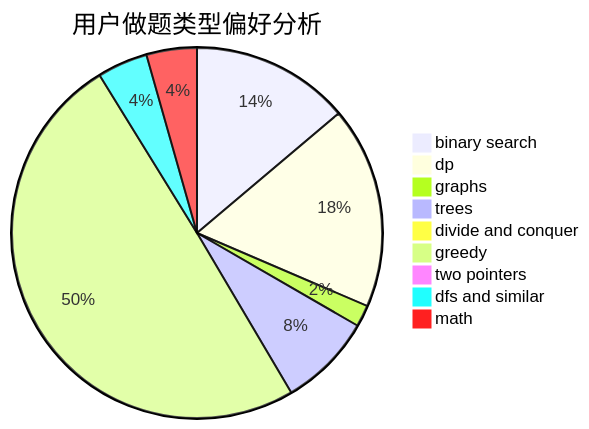
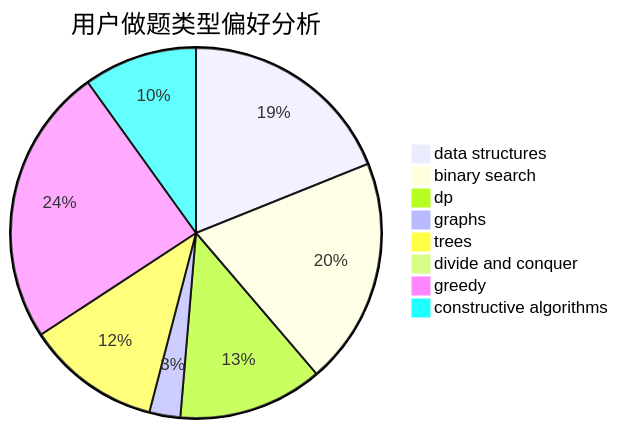
Before and after one commit to sherpahu/cfrs.github.io: the second of 3 diagrams in docs/user/u366.md, drawn with Mermaid. The commit also changed other lines of this file and 2775 other files, not shown here.

````diff
--- a/docs/user/u366.md
+++ b/docs/user/u366.md
@@ -23,12 +23,11 @@
 ```mermaid
 pie title 用户做题类型偏好分析
+    "data structures" :  21
     "binary search" :  22
-    "dp" :  28
+    "dp" :  14
     "graphs" :  3
     "trees" :  13
     "divide and conquer" :  0
-    "greedy" :  79
-    "two pointers" :  0
-    "dfs and similar" :  7
-    "math" :  7
+    "greedy" :  27
+    "constructive algorithms" :  11
 ```
````
